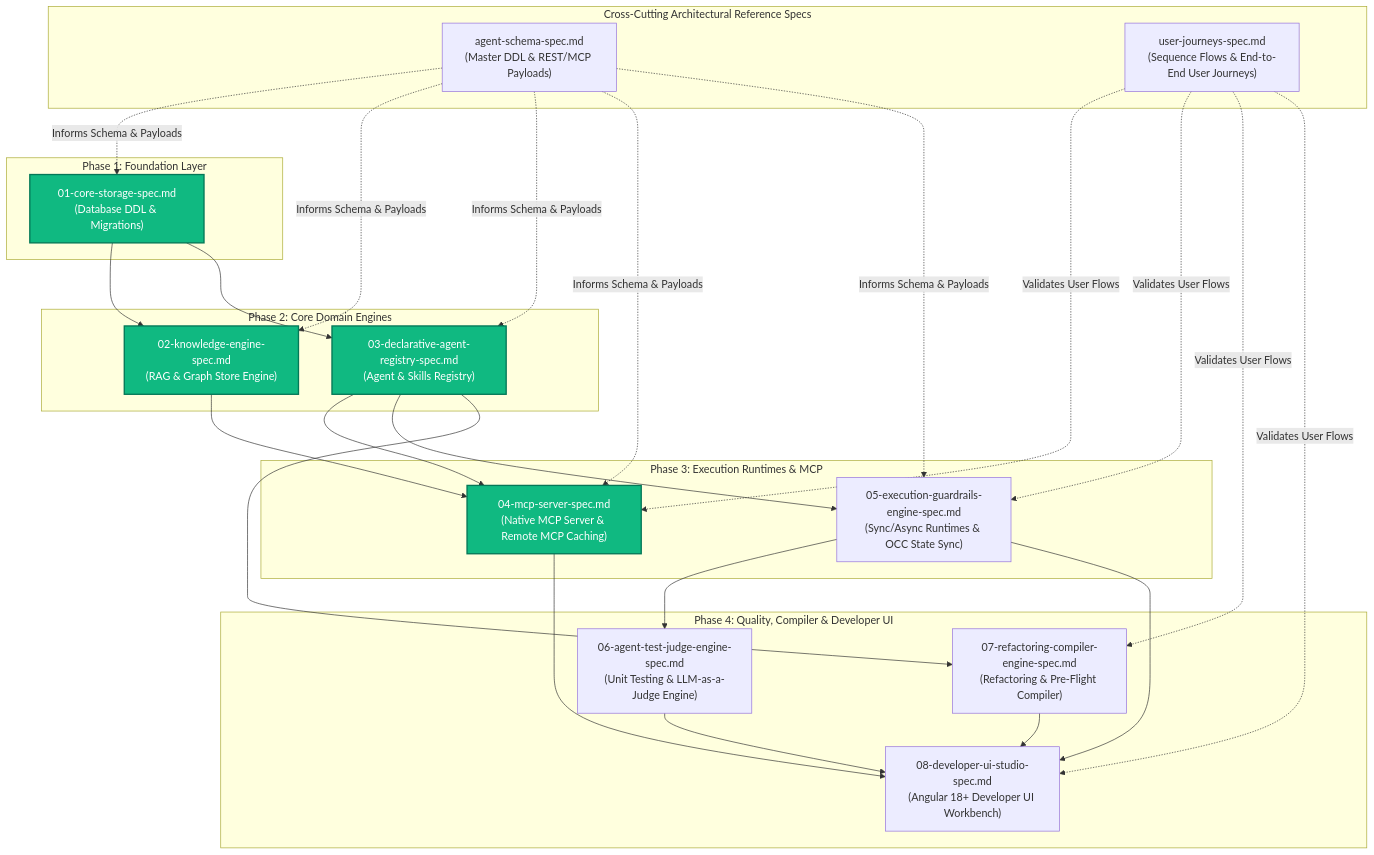
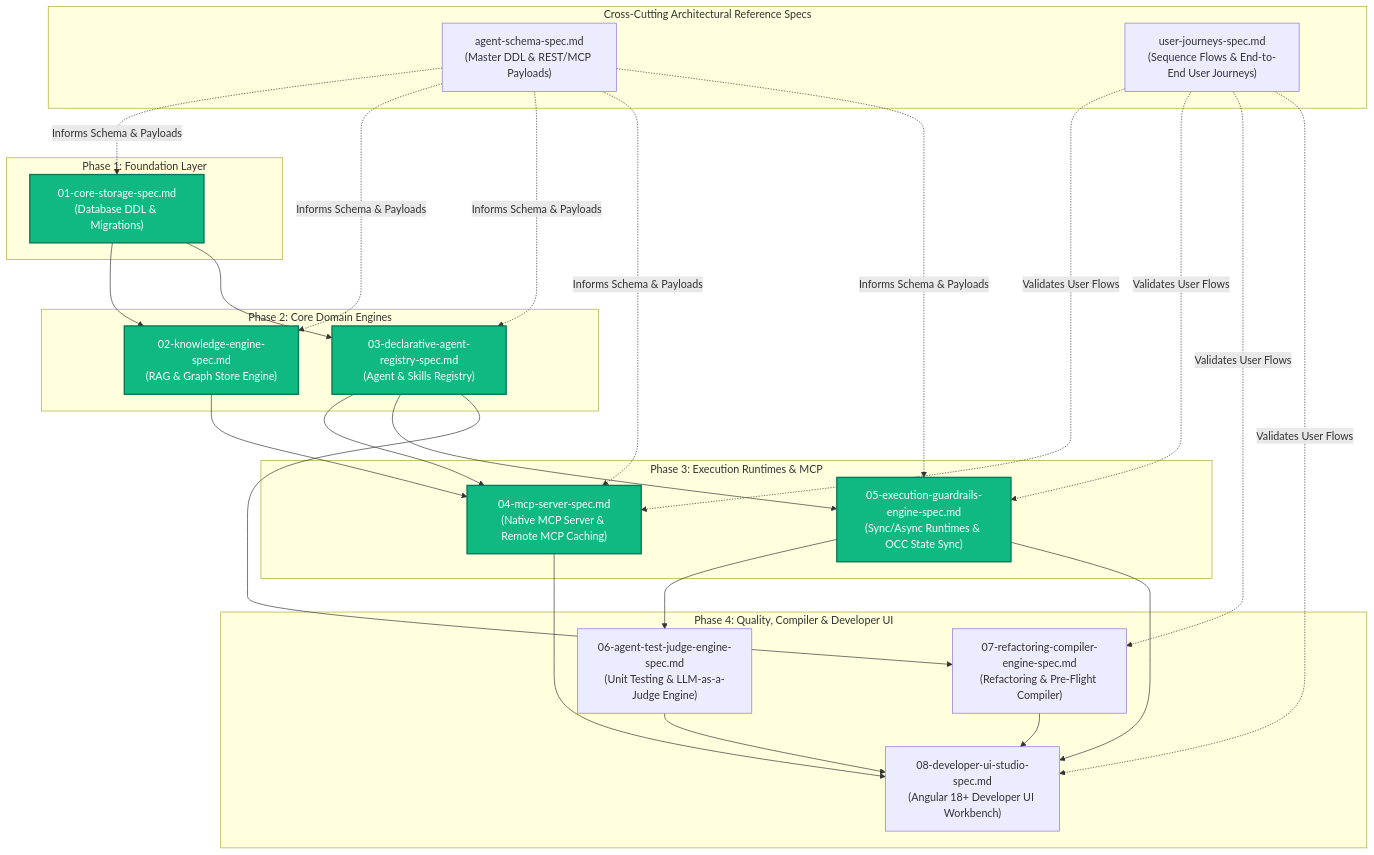
The diagram in spec/specs/README.md (PolecatWorks/agent-as-data), drawn with Mermaid before and after one commit. The commit also changed other lines of this file and 8 other files, not shown here.

Commit message:
feat(spec-05): implement Sync/Async Agent Execution Engine with OCC version locking and job polling

````diff
--- a/spec/specs/README.md
+++ b/spec/specs/README.md
@@ -17,55 +17,55 @@
 ```mermaid
 flowchart TD
     subgraph CrossCuttingSpecs ["Cross-Cutting Architectural Reference Specs"]
         SchemaSpec["agent-schema-spec.md<br/>(Master DDL & REST/MCP Payloads)"]
         JourneysSpec["user-journeys-spec.md<br/>(Sequence Flows & End-to-End User Journeys)"]
     end
 
     subgraph Phase1 ["Phase 1: Foundation Layer"]
         Spec01["01-core-storage-spec.md<br/>(Database DDL & Migrations)"]:::complete
     end
 
     subgraph Phase2 ["Phase 2: Core Domain Engines"]
         Spec02["02-knowledge-engine-spec.md<br/>(RAG & Graph Store Engine)"]:::complete
         Spec03["03-declarative-agent-registry-spec.md<br/>(Agent & Skills Registry)"]:::complete
     end
 
     subgraph Phase3 ["Phase 3: Execution Runtimes & MCP"]
         Spec04["04-mcp-server-spec.md<br/>(Native MCP Server & Remote MCP Caching)"]:::complete
-        Spec05["05-execution-guardrails-engine-spec.md<br/>(Sync/Async Runtimes & OCC State Sync)"]
+        Spec05["05-execution-guardrails-engine-spec.md<br/>(Sync/Async Runtimes & OCC State Sync)"]:::complete
     end
 
     subgraph Phase4 ["Phase 4: Quality, Compiler & Developer UI"]
         Spec06["06-agent-test-judge-engine-spec.md<br/>(Unit Testing & LLM-as-a-Judge Engine)"]
         Spec07["07-refactoring-compiler-engine-spec.md<br/>(Refactoring & Pre-Flight Compiler)"]
         Spec08["08-developer-ui-studio-spec.md<br/>(Angular 18+ Developer UI Workbench)"]
     end
 
     classDef complete fill:#10B981,stroke:#047857,stroke-width:2px,color:#ffffff;
 
     SchemaSpec -.->|Informs Schema & Payloads| Spec01
     SchemaSpec -.->|Informs Schema & Payloads| Spec02
     SchemaSpec -.->|Informs Schema & Payloads| Spec03
     SchemaSpec -.->|Informs Schema & Payloads| Spec04
     SchemaSpec -.->|Informs Schema & Payloads| Spec05
 
     JourneysSpec -.->|Validates User Flows| Spec04
     JourneysSpec -.->|Validates User Flows| Spec05
     JourneysSpec -.->|Validates User Flows| Spec07
     JourneysSpec -.->|Validates User Flows| Spec08
 
     Spec01 --> Spec02
     Spec01 --> Spec03
 
     Spec02 --> Spec04
     Spec03 --> Spec04
     Spec03 --> Spec05
 
     Spec05 --> Spec06
     Spec03 --> Spec07
     
     Spec04 --> Spec08
     Spec05 --> Spec08
     Spec06 --> Spec08
     Spec07 --> Spec08
 ```
````
